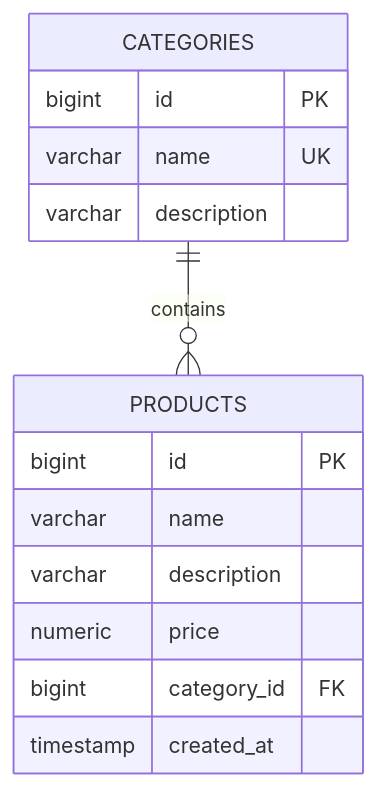
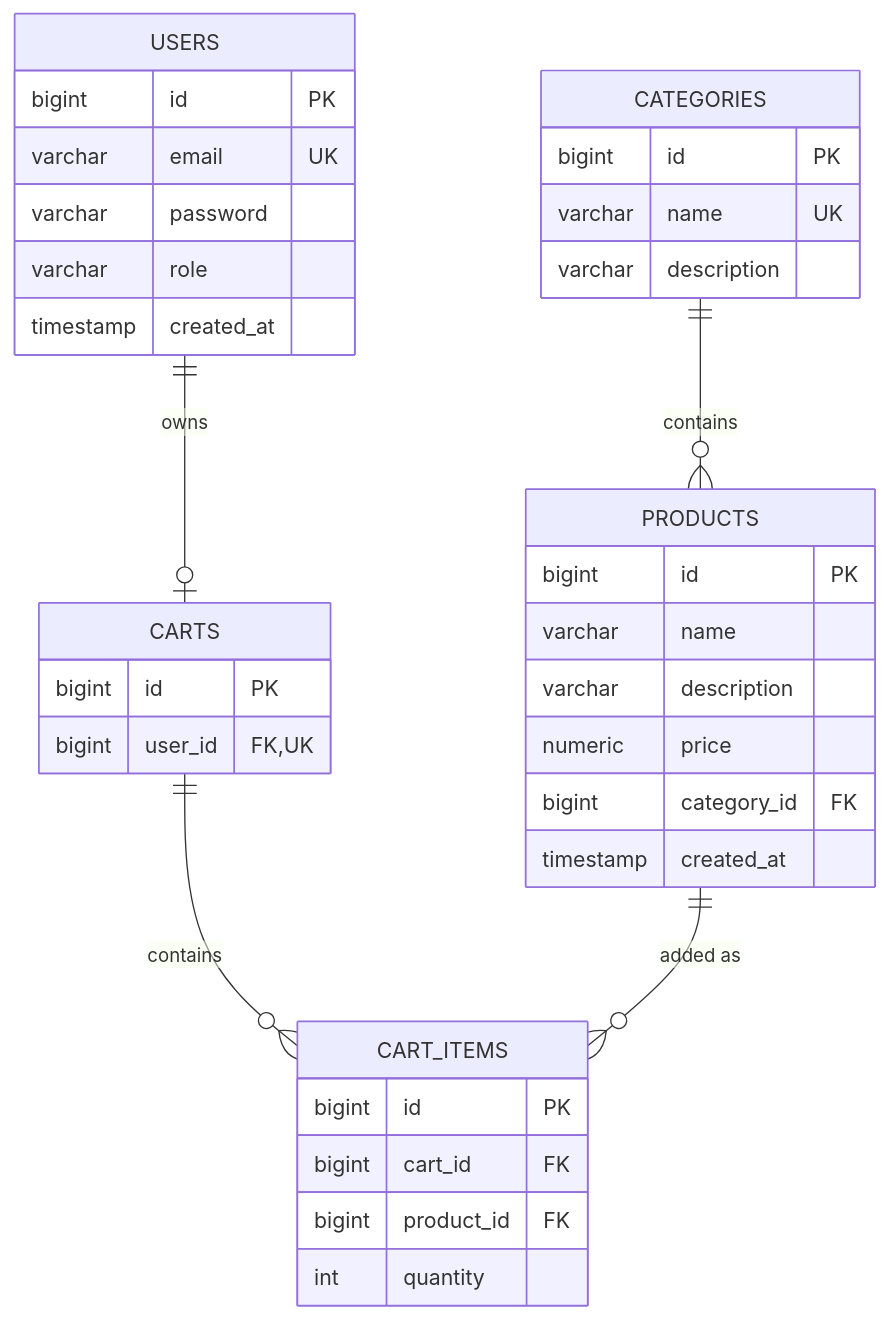
Before and after one commit to monssefbaakka/ecommerce-microservices: the diagram in README.md, drawn with Mermaid. The commit also changed other lines of this file and 1 other file, not shown here.

Commit message:
docs(cart): document cart endpoints and add cart requests

````diff
--- a/README.md
+++ b/README.md
@@ -195,17 +222,37 @@
 ```mermaid
 erDiagram
     CATEGORIES ||--o{ PRODUCTS : contains
+    USERS ||--o| CARTS : owns
+    CARTS ||--o{ CART_ITEMS : contains
+    PRODUCTS ||--o{ CART_ITEMS : "added as"
     CATEGORIES {
         bigint id PK
         varchar name UK
         varchar description
     }
     PRODUCTS {
         bigint id PK
         varchar name
         varchar description
         numeric price
         bigint category_id FK
         timestamp created_at
     }
+    USERS {
+        bigint id PK
+        varchar email UK
+        varchar password
+        varchar role
+        timestamp created_at
+    }
+    CARTS {
+        bigint id PK
+        bigint user_id FK,UK
+    }
+    CART_ITEMS {
+        bigint id PK
+        bigint cart_id FK
+        bigint product_id FK
+        int quantity
+    }
 ```
````
